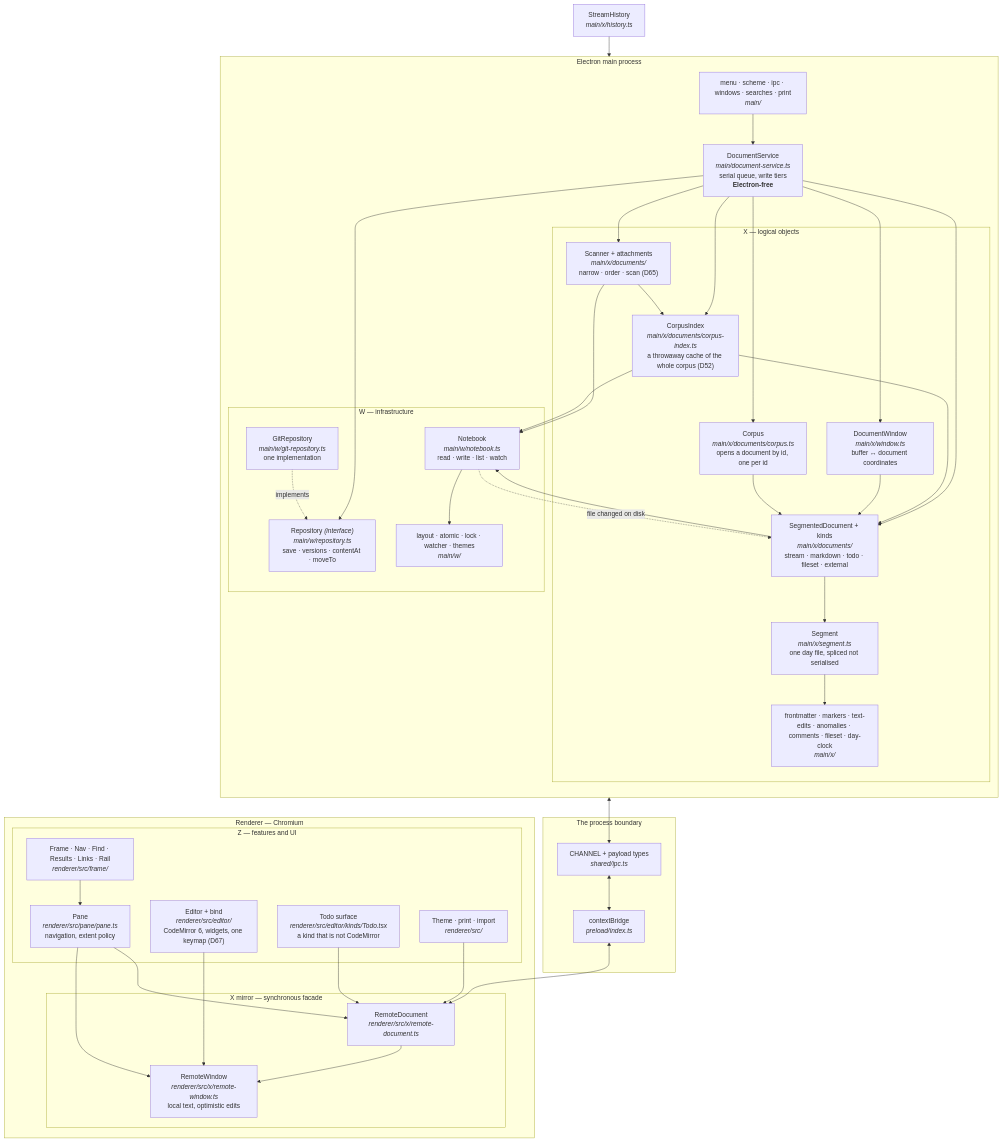
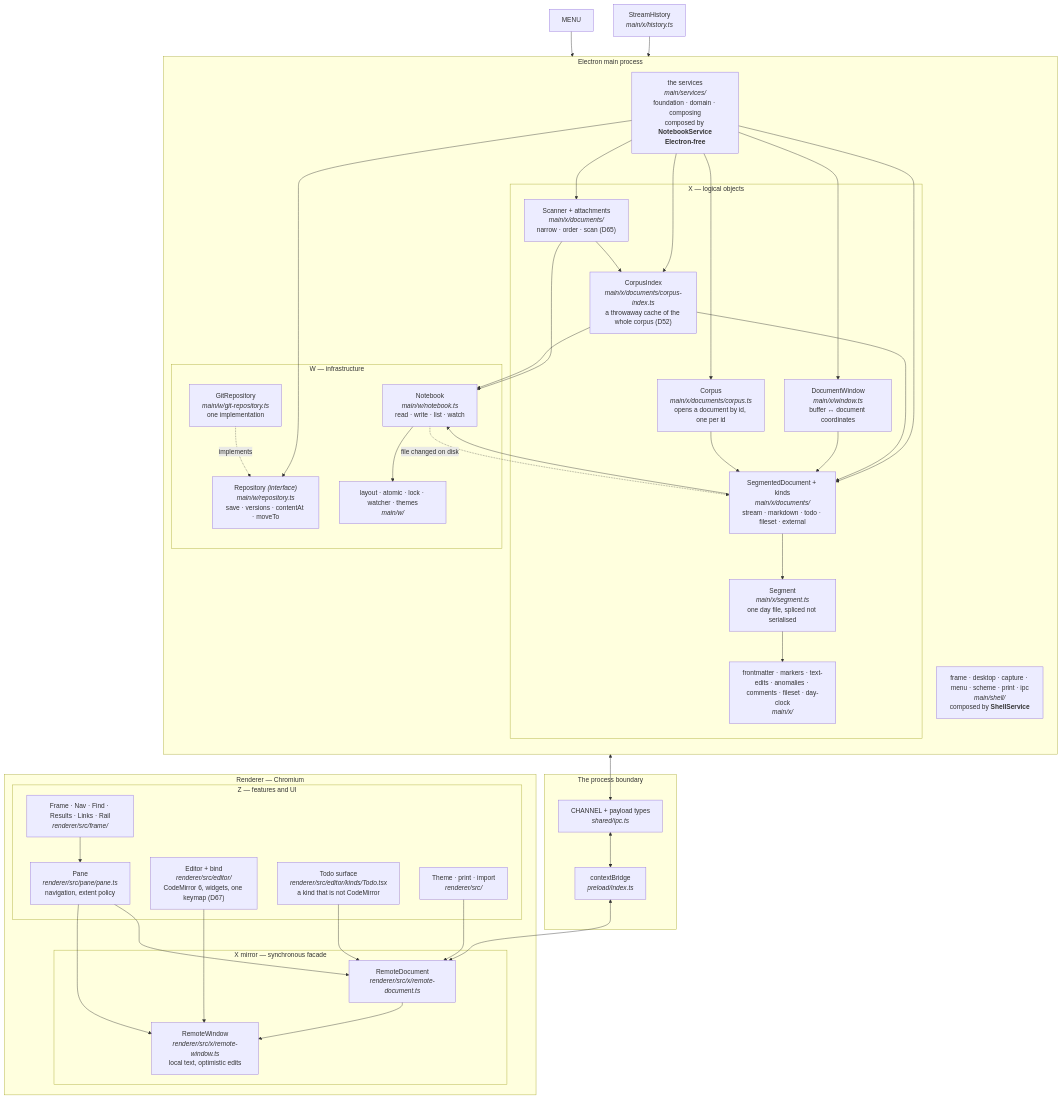
One commit to yonatanzunger/tephra changed the diagram in .clarity-protocol/solution/architecture-as-built.md. Above: the diagram before and after it, drawn with Mermaid. The commit also changed other lines of this file and 43 other files, not shown here.

Commit message:
Final dissection of DocumentService -- refactor complete!

````diff
--- a/.clarity-protocol/solution/architecture-as-built.md
+++ b/.clarity-protocol/solution/architecture-as-built.md
@@ -31,73 +31,73 @@
 ```mermaid
 flowchart TB
   subgraph MAIN["Electron main process"]
     direction TB
     subgraph X["X — logical objects"]
       CORP["Corpus<br/><i>main/x/documents/corpus.ts</i><br/>opens a document by id, one per id"]
       SD["SegmentedDocument + kinds<br/><i>main/x/documents/</i><br/>stream · markdown · todo · fileset · external"]
       DW["DocumentWindow<br/><i>main/x/window.ts</i><br/>buffer ↔ document coordinates"]
       SEG["Segment<br/><i>main/x/segment.ts</i><br/>one day file, spliced not serialised"]
       IDX["CorpusIndex<br/><i>main/x/documents/corpus-index.ts</i><br/>a throwaway cache of the whole corpus (D52)"]
       SRCH["Scanner + attachments<br/><i>main/x/documents/</i><br/>narrow · order · scan (D65)"]
       PARSE["frontmatter · markers · text-edits · anomalies · comments · fileset · day-clock<br/><i>main/x/</i>"]
     end
     subgraph W["W — infrastructure"]
       NB["Notebook<br/><i>main/w/notebook.ts</i><br/>read · write · list · watch"]
       REPO["Repository <i>(interface)</i><br/><i>main/w/repository.ts</i><br/>save · versions · contentAt · moveTo"]
       GIT["GitRepository<br/><i>main/w/git-repository.ts</i><br/>one implementation"]
       WBITS["layout · atomic · lock · watcher · themes<br/><i>main/w/</i>"]
     end
-    SVC["DocumentService<br/><i>main/document-service.ts</i><br/>serial queue, write tiers<br/><b>Electron-free</b>"]
-    MENU["menu · scheme · ipc · windows · searches · print<br/><i>main/</i>"]
+    SVC["the services<br/><i>main/services/</i><br/>foundation · domain · composing<br/>composed by <b>NotebookService</b><br/><b>Electron-free</b>"]
+    SHELL["frame · desktop · capture · menu · scheme · print · ipc<br/><i>main/shell/</i><br/>composed by <b>ShellService</b>"]
   end
 
   subgraph BRIDGE["The process boundary"]
     CH["CHANNEL + payload types<br/><i>shared/ipc.ts</i>"]
     PRE["contextBridge<br/><i>preload/index.ts</i>"]
   end
 
   subgraph REND["Renderer — Chromium"]
     subgraph XR["X mirror — synchronous facade"]
       RD["RemoteDocument<br/><i>renderer/src/x/remote-document.ts</i>"]
       RW["RemoteWindow<br/><i>renderer/src/x/remote-window.ts</i><br/>local text, optimistic edits"]
     end
     subgraph Z["Z — features and UI"]
       PANE["Pane<br/><i>renderer/src/pane/pane.ts</i><br/>navigation, extent policy"]
       ED["Editor + bind<br/><i>renderer/src/editor/</i><br/>CodeMirror 6, widgets, one keymap (D67)"]
       TODO["Todo surface<br/><i>renderer/src/editor/kinds/Todo.tsx</i><br/>a kind that is not CodeMirror"]
       FR["Frame · Nav · Find · Results · Links · Rail<br/><i>renderer/src/frame/</i>"]
       TH["Theme · print · import<br/><i>renderer/src/</i>"]
     end
   end
 
   CORP --> SD
   SD --> SEG
   DW --> SD
   SEG --> PARSE
   SD --> NB
   IDX --> NB
   IDX --> SD
   SRCH --> IDX
   SRCH --> NB
   SVC --> CORP
   SVC --> IDX
   SVC --> SRCH
   GIT -.implements.-> REPO
   HIST["StreamHistory<br/><i>main/x/history.ts</i>"] --> REPO
   SVC --> REPO
   NB --> WBITS
   SVC --> SD
   SVC --> DW
   MENU --> SVC
   SVC <--> CH
   CH <--> PRE
   PRE <--> RD
   RD --> RW
   PANE --> RD
   PANE --> RW
   ED --> RW
   TODO --> RD
   FR --> PANE
   TH --> RD
   NB -. "file changed on disk" .-> SD
 ```
````
